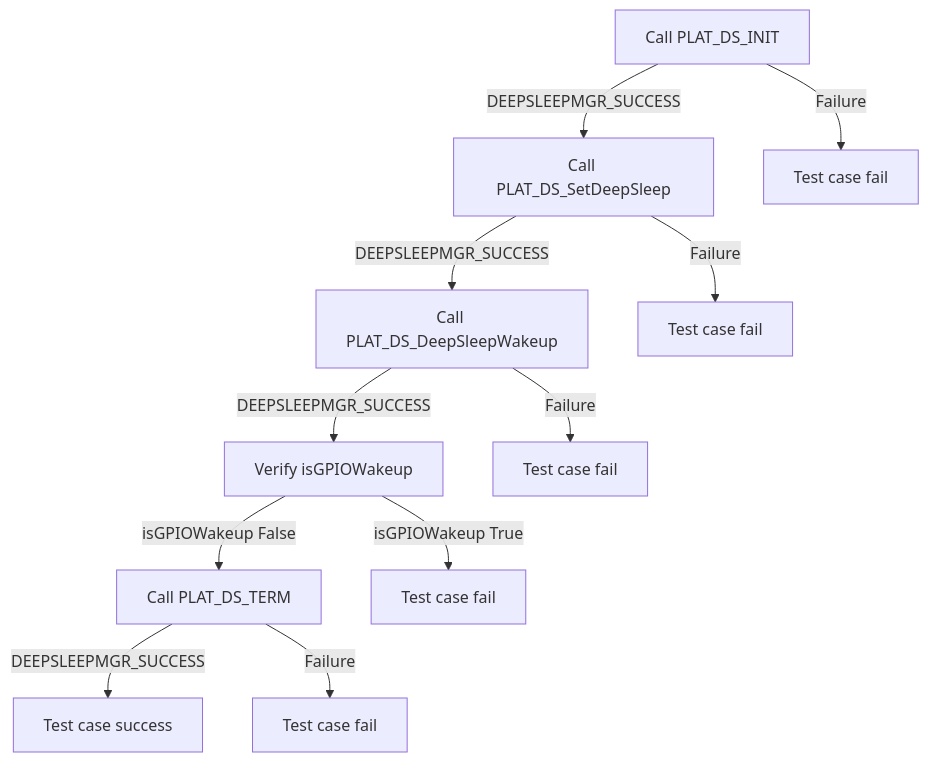
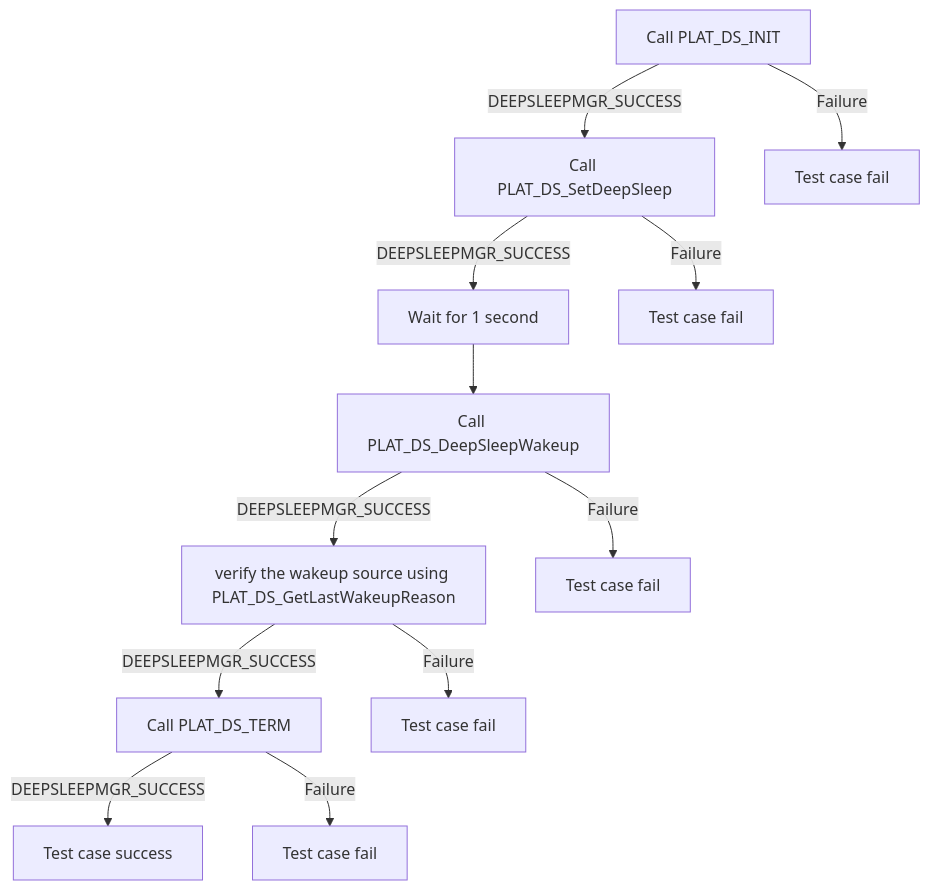
One commit to rdkcentral/rdk-halif-test-deepsleep_manager changed the first of 2 diagrams in docs/pages/deepSleepMgr_L2_Low-Level_TestSpecification.md. Above: the diagram before and after it, drawn with Mermaid. The commit also changed other lines of this file, not shown here.

Commit message:
gh #3 Updated Low level spec to verify using WakeupReason.

````diff
--- a/docs/pages/deepSleepMgr_L2_Low-Level_TestSpecification.md
+++ b/docs/pages/deepSleepMgr_L2_Low-Level_TestSpecification.md
@@ -66,13 +66,14 @@
 ```mermaid
 graph TB
 A[Call PLAT_DS_INIT] -->|DEEPSLEEPMGR_SUCCESS| B[Call PLAT_DS_SetDeepSleep]
 A -->|Failure| A1[Test case fail]
-B -->|DEEPSLEEPMGR_SUCCESS| D[Call PLAT_DS_DeepSleepWakeup]
+B -->|DEEPSLEEPMGR_SUCCESS| C[Wait for 1 second]
 B -->|Failure| B1[Test case fail]
-D -->|DEEPSLEEPMGR_SUCCESS| E[Verify isGPIOWakeup]
-D -->|Failure| D1[Test case fail]
-E -->|isGPIOWakeup False| F[Call PLAT_DS_TERM]
-E -->|isGPIOWakeup True| E1[Test case fail]
+C --> D[Call PLAT_DS_DeepSleepWakeup]
+D --> |DEEPSLEEPMGR_SUCCESS| E[verify the wakeup source using PLAT_DS_GetLastWakeupReason]
+D --> |Failure| D1[Test case fail]
+E -->|DEEPSLEEPMGR_SUCCESS| F[Call PLAT_DS_TERM]
+E -->|Failure| E1[Test case fail]
 F -->|DEEPSLEEPMGR_SUCCESS| G[Test case success]
 F -->|Failure| F1[Test case fail]
 ```
````
